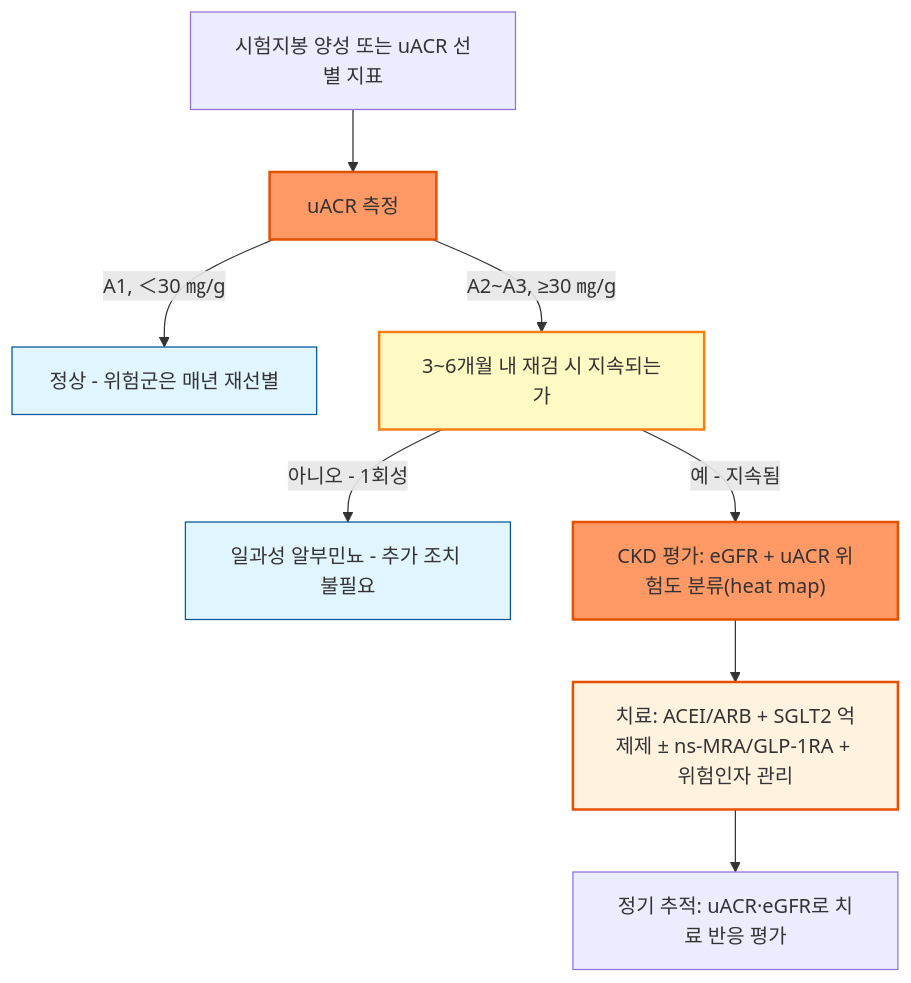
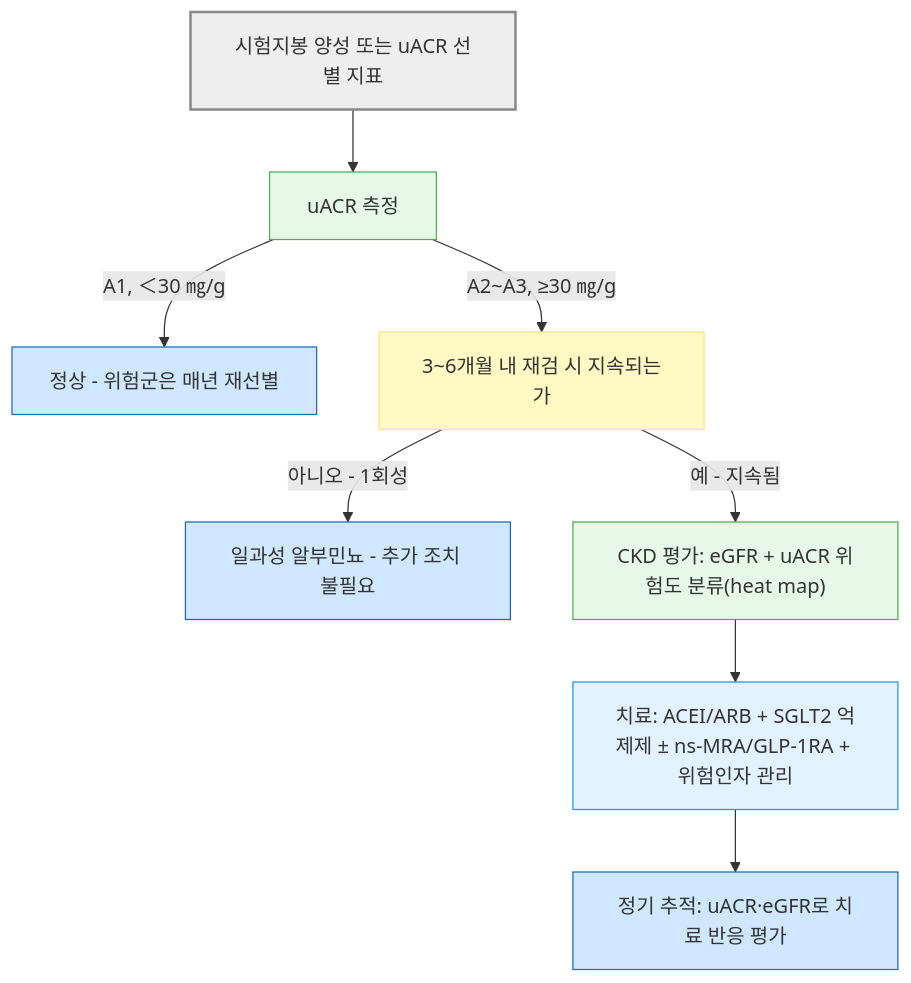
Before and after one commit to familyoh77/familyoh77: the second of 2 diagrams in 227_/111_-proteinuria.md, drawn with Mermaid. The commit also changed other lines of this file, not shown here.

Commit message:
GITBOOK-1273: No subject

````diff
--- a/227_/111_-proteinuria.md
+++ b/227_/111_-proteinuria.md
@@ -229,17 +229,19 @@
 ```mermaid
 graph TD
     D1[시험지봉 양성 또는 uACR 선별 지표] --> U1[uACR 측정]
     U1 -->|A1, ＜30 ㎎/g| Reassure3[정상 - 위험군은 매년 재선별]
     U1 -->|A2~A3, ≥30 ㎎/g| Persist[3~6개월 내 재검 시 지속되는가]
     Persist -->|아니오 - 1회성| Reassure4[일과성 알부민뇨 - 추가 조치 불필요]
     Persist -->|예 - 지속됨| CKDeval["CKD 평가: eGFR + uACR 위험도 분류(heat map)"]
     CKDeval --> Tx[치료: ACEI/ARB + SGLT2 억제제 ± ns-MRA/GLP-1RA + 위험인자 관리]
     Tx --> FU[정기 추적: uACR·eGFR로 치료 반응 평가]
 
-    style U1 fill:#f96,stroke:#e65100,stroke-width:2px
-    style CKDeval fill:#f96,stroke:#e65100,stroke-width:2px
-    style Persist fill:#fff9c4,stroke:#f57f17,stroke-width:2px
-    style Reassure3 fill:#e1f5fe,stroke:#01579b
-    style Reassure4 fill:#e1f5fe,stroke:#01579b
-    style Tx fill:#fff3e0,stroke:#e65100,stroke-width:2px
+style D1 fill:#eeeeee,stroke:#888888,stroke-width:2px
+classDef lightGreen fill:#e8f8e8,stroke:#4caf50
+class U1,CKDeval lightGreen
+classDef yellow fill:#fff9c4,stroke:#ffe082
+class Persist yellow
+classDef blue fill:#d0e8ff,stroke:#1a6abf
+class Reassure3,Reassure4,FU blue
+style Tx fill:#e3f2ff,stroke:#2196f3
 ```
````
